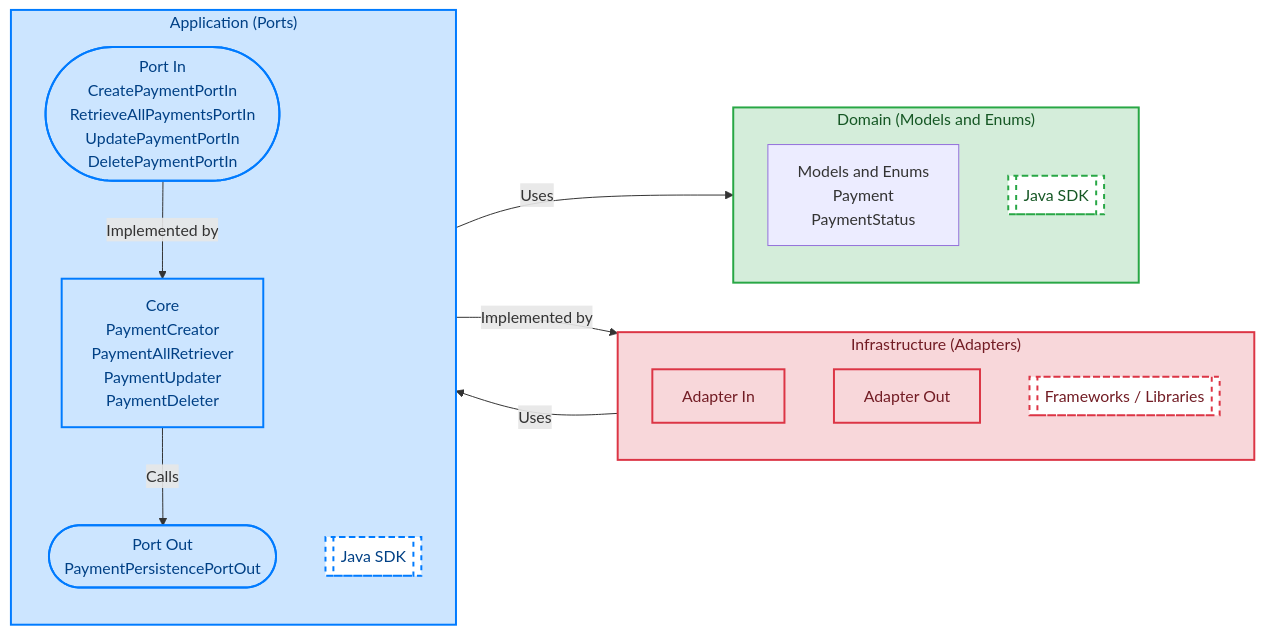
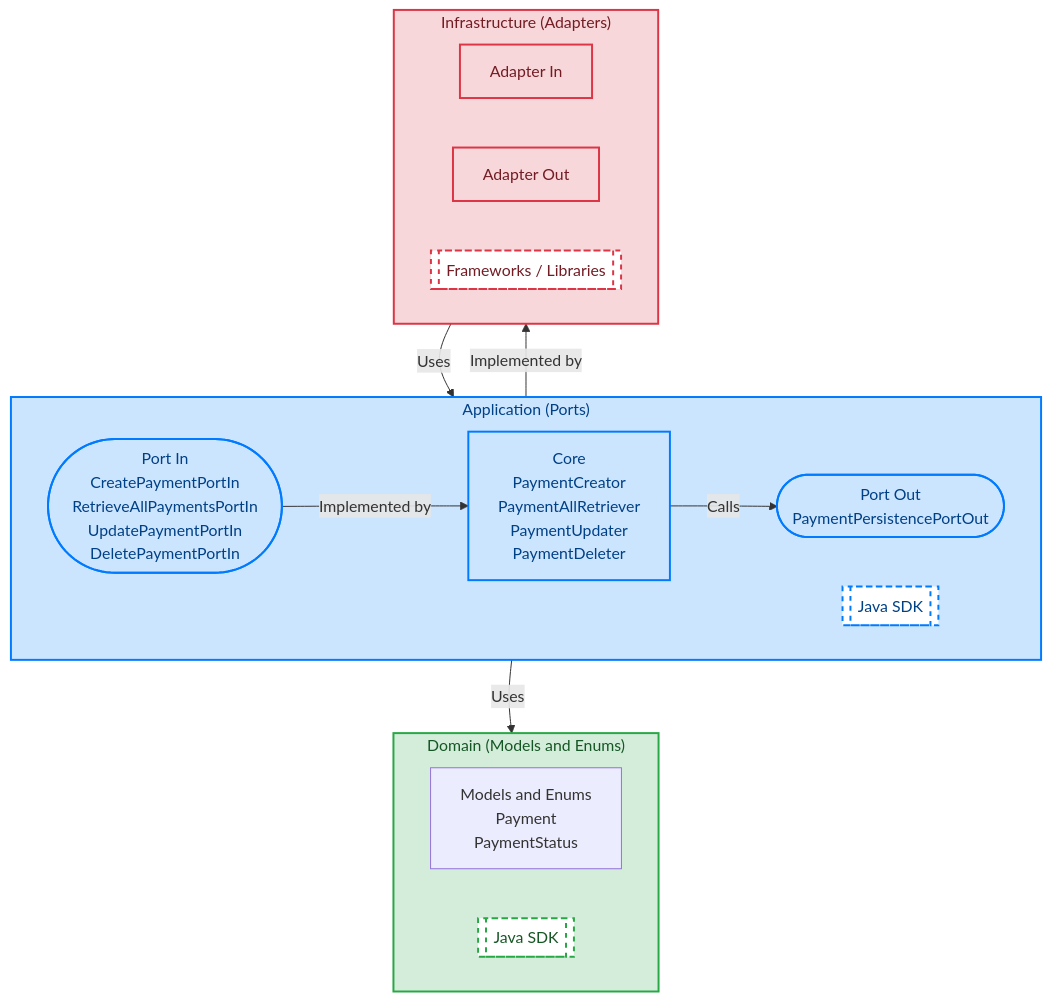
The diagram in core/README.md (b0gg4rd/ports-and-adapters-reference), drawn with Mermaid before and after one commit. The commit also changed 98 other files, not shown here.

````diff
--- a/core/README.md
+++ b/core/README.md
@@ -18,39 +18,43 @@
 ```mermaid
-flowchart LR
-  subgraph Infrastructure ["Infrastructure (Adapters)"]
-    direction TB
-    A_IN[Adapter In]
-    A_OUT[Adapter Out]
-    FW[[Frameworks / Libraries]]
+flowchart TB
+  
+  subgraph Domain ["Domain (Models and Enums)"]
+    direction LR
+    D_ENT[Models and Enums\nPayment\nPaymentStatus]
+    J_DOM[[Java SDK]]
   end
 
   subgraph Application ["Application (Ports)"]
-    direction TB
+    direction LR
     P_IN([Port In\nCreatePaymentPortIn\nRetrieveAllPaymentsPortIn\nUpdatePaymentPortIn\nDeletePaymentPortIn])
     CORE[Core\nPaymentCreator\nPaymentAllRetriever\nPaymentUpdater\nPaymentDeleter]
     P_OUT([Port Out\nPaymentPersistencePortOut])
     J_APP[[Java SDK]]
   end
 
-  subgraph Domain ["Domain (Models and Enums)"]
-    direction TB
-    D_ENT[Models and Enums\nPayment\nPaymentStatus]
-    J_DOM[[Java SDK]]
+  subgraph Infrastructure ["Infrastructure (Adapters)"]
+    direction LR
+    A_IN[Adapter In]
+    A_OUT[Adapter Out]
+    FW[[Frameworks / Libraries]]
   end
 
+  CORE -->|Uses| D_ENT
   A_IN -->|Uses| P_IN
   P_IN -->|Implemented by| CORE
-  CORE -->|Uses| D_ENT
   CORE -->|Calls| P_OUT
   P_OUT -->|Implemented by| A_OUT
+  
+  Domain ~~~ Application
+  Application ~~~ Infrastructure
 
   classDef domain fill:#d4edda,stroke:#28a745,stroke-width:2px,color:#155724;
   classDef app fill:#cce5ff,stroke:#007bff,stroke-width:2px,color:#004085;
   classDef infra fill:#f8d7da,stroke:#dc3545,stroke-width:2px,color:#721c24;
   classDef techLabel fill:#fff,stroke-dasharray: 5 5;
 
   class Domain,J_DOM domain;
   class Application,P_IN,P_OUT,CORE,J_APP app;
   class Infrastructure,A_IN,A_OUT,FW infra;
   class J_APP,J_DOM,FW techLabel;
 ```
````
